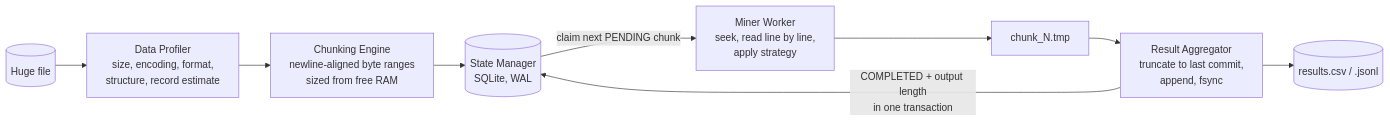
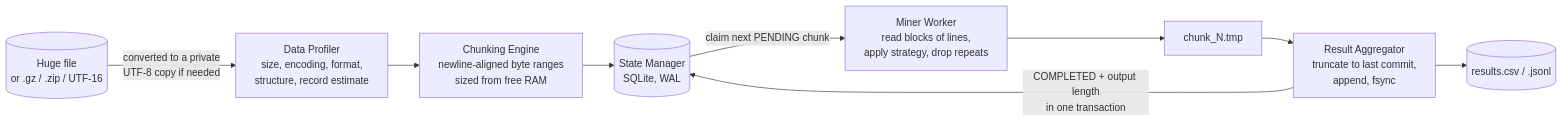
The first of 2 diagrams in README.md (coreworkstr-art/datamining-skill), drawn with Mermaid before and after one commit. The commit also changed other lines of this file and 55 other files, not shown here.

````diff
--- a/README.md
+++ b/README.md
@@ -269,11 +334,11 @@
 ```mermaid
 flowchart LR
-    F[("Huge file")] --> P["Data Profiler<br/>size, encoding, format,<br/>structure, record estimate"]
+    F[("Huge file<br/>or .gz / .zip / UTF-16")] -->|"converted to a private<br/>UTF-8 copy if needed"| P["Data Profiler<br/>size, encoding, format,<br/>structure, record estimate"]
     P --> C["Chunking Engine<br/>newline-aligned byte ranges<br/>sized from free RAM"]
     C --> S[("State Manager<br/>SQLite, WAL")]
-    S -->|"claim next PENDING chunk"| W["Miner Worker<br/>seek, read line by line,<br/>apply strategy"]
+    S -->|"claim next PENDING chunk"| W["Miner Worker<br/>read blocks of lines,<br/>apply strategy, drop repeats"]
     W --> T["chunk_N.tmp"]
     T --> A["Result Aggregator<br/>truncate to last commit,<br/>append, fsync"]
     A --> O[("results.csv / .jsonl")]
     A -->|"COMPLETED + output length<br/>in one transaction"| S
 ```
````
